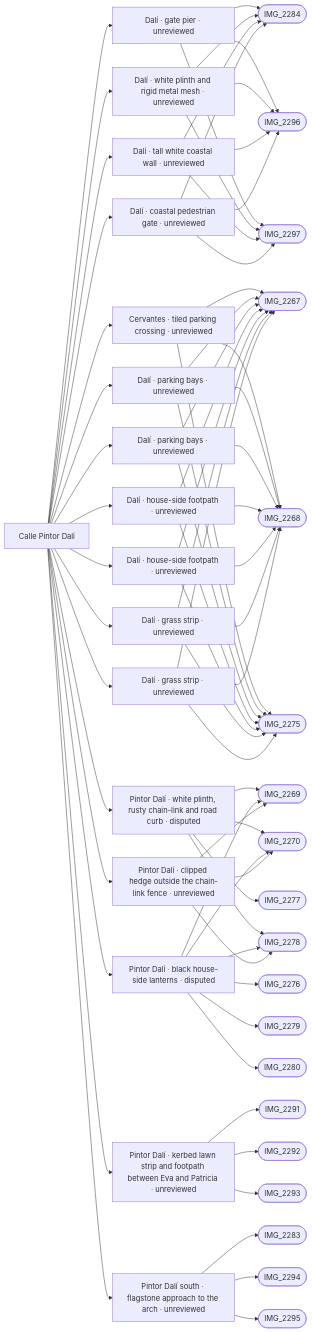
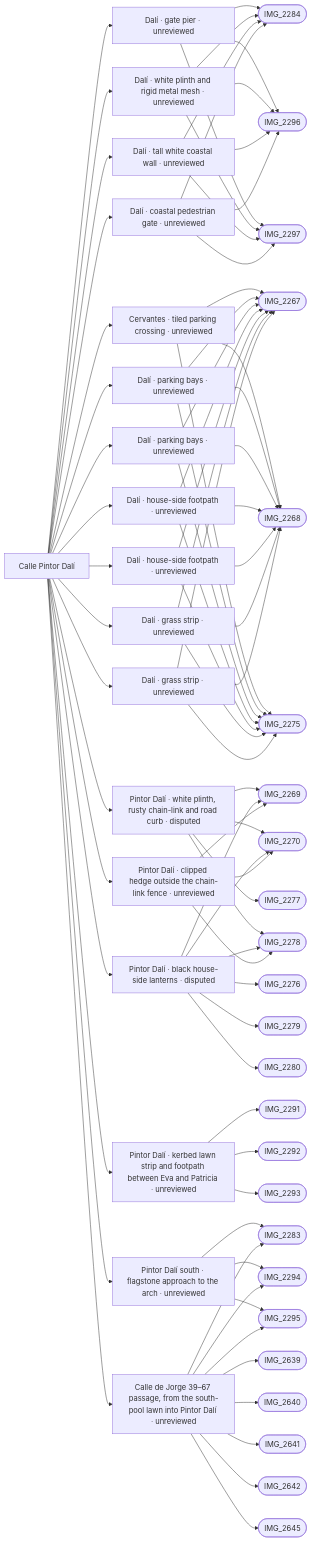
Before and after one commit to daveyboyc/villacana-venture: the diagram in refs/areas/dali.md, drawn with Mermaid. The commit also changed other lines of this file and 35 other files, not shown here.

First line of the commit message:
Open the south-pool passage into Pintor Dalí.

````diff
--- a/refs/areas/dali.md
+++ b/refs/areas/dali.md
@@ -48,72 +48,81 @@
 ```mermaid
 graph LR
   A["Calle Pintor Dalí"]
   A --> F0["Dalí · gate pier · unreviewed"]
   F0 --> PIMG_2284_jpg(["IMG_2284"])
   F0 --> PIMG_2296_jpg(["IMG_2296"])
   F0 --> PIMG_2297_jpg(["IMG_2297"])
   A --> F1["Dalí · white plinth and rigid metal mesh · unreviewed"]
   F1 --> PIMG_2284_jpg(["IMG_2284"])
   F1 --> PIMG_2296_jpg(["IMG_2296"])
   F1 --> PIMG_2297_jpg(["IMG_2297"])
   A --> F2["Dalí · tall white coastal wall · unreviewed"]
   F2 --> PIMG_2284_jpg(["IMG_2284"])
   F2 --> PIMG_2296_jpg(["IMG_2296"])
   F2 --> PIMG_2297_jpg(["IMG_2297"])
   A --> F3["Cervantes · tiled parking crossing · unreviewed"]
   F3 --> PIMG_2267_jpg(["IMG_2267"])
   F3 --> PIMG_2268_jpg(["IMG_2268"])
   F3 --> PIMG_2275_jpg(["IMG_2275"])
   A --> F4["Dalí · parking bays · unreviewed"]
   F4 --> PIMG_2267_jpg(["IMG_2267"])
   F4 --> PIMG_2268_jpg(["IMG_2268"])
   F4 --> PIMG_2275_jpg(["IMG_2275"])
   A --> F5["Dalí · parking bays · unreviewed"]
   F5 --> PIMG_2267_jpg(["IMG_2267"])
   F5 --> PIMG_2268_jpg(["IMG_2268"])
   F5 --> PIMG_2275_jpg(["IMG_2275"])
   A --> F6["Dalí · house-side footpath · unreviewed"]
   F6 --> PIMG_2267_jpg(["IMG_2267"])
   F6 --> PIMG_2268_jpg(["IMG_2268"])
   F6 --> PIMG_2275_jpg(["IMG_2275"])
   A --> F7["Dalí · house-side footpath · unreviewed"]
   F7 --> PIMG_2267_jpg(["IMG_2267"])
   F7 --> PIMG_2268_jpg(["IMG_2268"])
   F7 --> PIMG_2275_jpg(["IMG_2275"])
   A --> F8["Dalí · grass strip · unreviewed"]
   F8 --> PIMG_2267_jpg(["IMG_2267"])
   F8 --> PIMG_2268_jpg(["IMG_2268"])
   F8 --> PIMG_2275_jpg(["IMG_2275"])
   A --> F9["Dalí · grass strip · unreviewed"]
   F9 --> PIMG_2267_jpg(["IMG_2267"])
   F9 --> PIMG_2268_jpg(["IMG_2268"])
   F9 --> PIMG_2275_jpg(["IMG_2275"])
   A --> F10["Pintor Dalí · white plinth, rusty chain-link and road curb · disputed"]
   F10 --> PIMG_2269_jpg(["IMG_2269"])
   F10 --> PIMG_2270_jpg(["IMG_2270"])
   F10 --> PIMG_2277_jpg(["IMG_2277"])
   F10 --> PIMG_2278_jpg(["IMG_2278"])
   A --> F11["Pintor Dalí · black house-side lanterns · disputed"]
   F11 --> PIMG_2269_jpg(["IMG_2269"])
   F11 --> PIMG_2270_jpg(["IMG_2270"])
   F11 --> PIMG_2276_jpg(["IMG_2276"])
   F11 --> PIMG_2278_jpg(["IMG_2278"])
   F11 --> PIMG_2279_jpg(["IMG_2279"])
   F11 --> PIMG_2280_jpg(["IMG_2280"])
   A --> F12["Pintor Dalí · clipped hedge outside the chain-link fence · unreviewed"]
   F12 --> PIMG_2269_jpg(["IMG_2269"])
   F12 --> PIMG_2270_jpg(["IMG_2270"])
   F12 --> PIMG_2278_jpg(["IMG_2278"])
   A --> F13["Pintor Dalí · kerbed lawn strip and footpath between Eva and Patricia · unreviewed"]
   F13 --> PIMG_2291_jpg(["IMG_2291"])
   F13 --> PIMG_2292_jpg(["IMG_2292"])
   F13 --> PIMG_2293_jpg(["IMG_2293"])
   A --> F14["Pintor Dalí south · flagstone approach to the arch · unreviewed"]
   F14 --> PIMG_2283_jpg(["IMG_2283"])
   F14 --> PIMG_2294_jpg(["IMG_2294"])
   F14 --> PIMG_2295_jpg(["IMG_2295"])
   A --> F15["Dalí · coastal pedestrian gate · unreviewed"]
   F15 --> PIMG_2284_jpg(["IMG_2284"])
   F15 --> PIMG_2296_jpg(["IMG_2296"])
   F15 --> PIMG_2297_jpg(["IMG_2297"])
+  A --> F16["Calle de Jorge 39–67 passage, from the south-pool lawn into Pintor Dalí · unreviewed"]
+  F16 --> PIMG_2283_jpg(["IMG_2283"])
+  F16 --> PIMG_2294_jpg(["IMG_2294"])
+  F16 --> PIMG_2295_jpg(["IMG_2295"])
+  F16 --> PIMG_2639_jpg(["IMG_2639"])
+  F16 --> PIMG_2640_jpg(["IMG_2640"])
+  F16 --> PIMG_2641_jpg(["IMG_2641"])
+  F16 --> PIMG_2642_jpg(["IMG_2642"])
+  F16 --> PIMG_2645_jpg(["IMG_2645"])
 ```
````
